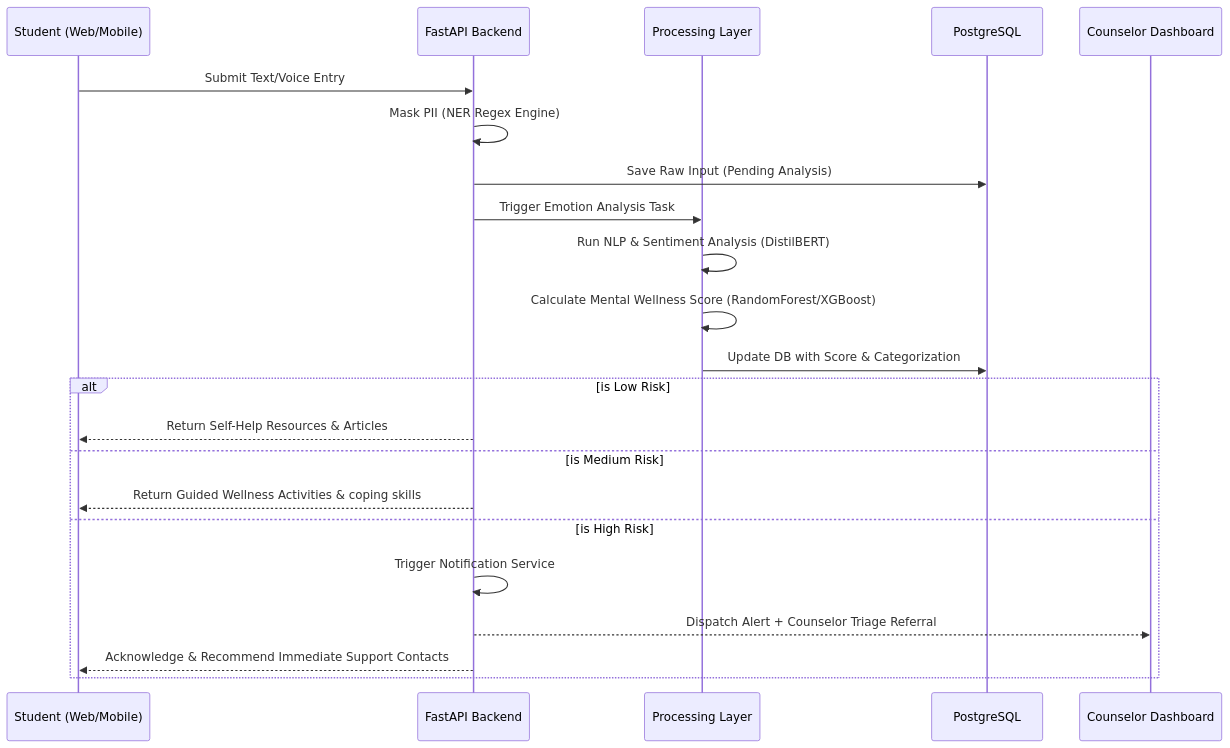
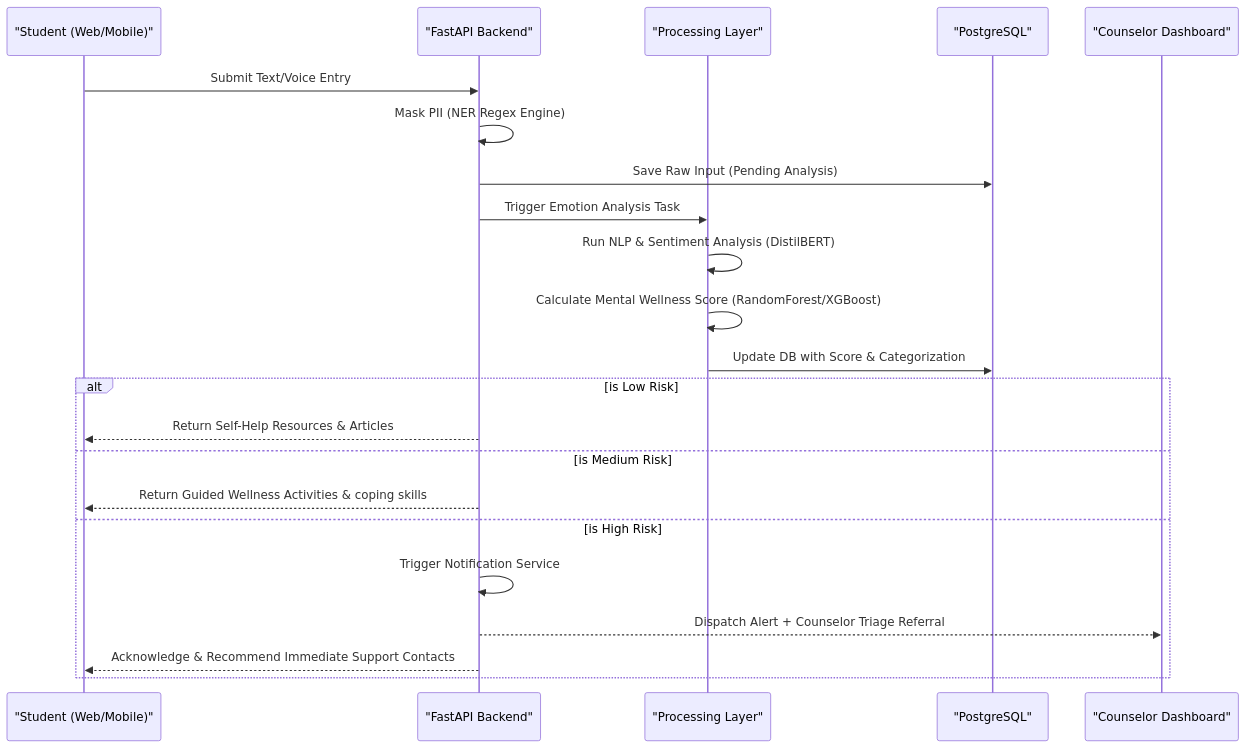
The third of 5 diagrams in README.md (DineshMoorthy007/mindguard-student-wellness-platform), drawn with Mermaid before and after one commit. The commit also changed other lines of this file, not shown here.

Commit message:
docs: update Mermaid diagrams to use quoted identifiers for improved rendering consistency

````diff
--- a/README.md
+++ b/README.md
@@ -142,26 +142,26 @@
 ```mermaid
 sequenceDiagram
-    participant Student as Student (Web/Mobile)
-    participant API as FastAPI Backend
-    participant ML as Processing Layer
-    participant DB as PostgreSQL
-    participant Counselor as Counselor Dashboard
+    participant Student as "Student (Web/Mobile)"
+    participant API as "FastAPI Backend"
+    participant ML as "Processing Layer"
+    participant DB as "PostgreSQL"
+    participant Counselor as "Counselor Dashboard"
 
     Student->>API: Submit Text/Voice Entry
     API->>API: Mask PII (NER Regex Engine)
     API->>DB: Save Raw Input (Pending Analysis)
     API->>ML: Trigger Emotion Analysis Task
     ML->>ML: Run NLP & Sentiment Analysis (DistilBERT)
     ML->>ML: Calculate Mental Wellness Score (RandomForest/XGBoost)
     ML->>DB: Update DB with Score & Categorization
     
     alt is Low Risk
         API-->>Student: Return Self-Help Resources & Articles
     else is Medium Risk
         API-->>Student: Return Guided Wellness Activities & coping skills
     else is High Risk
         API->>API: Trigger Notification Service
         API-->>Counselor: Dispatch Alert + Counselor Triage Referral
         API-->>Student: Acknowledge & Recommend Immediate Support Contacts
     end
 ```
````
